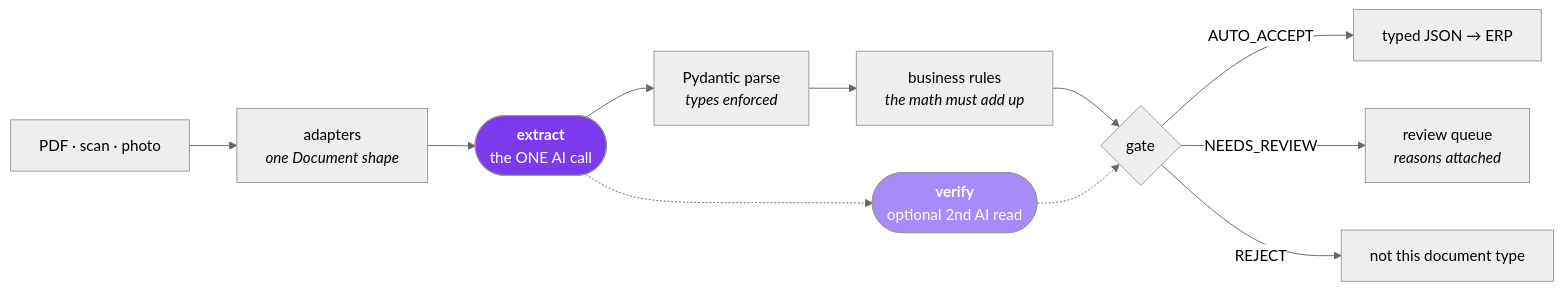
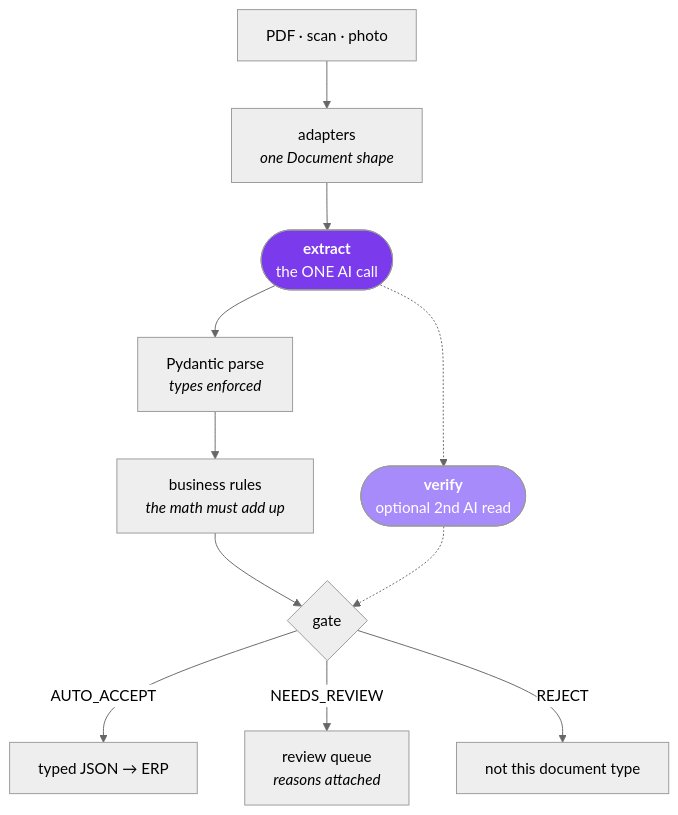
Before and after one commit to crevelop/ai-invoice-extractor: the diagram in README.md, drawn with Mermaid (neutral theme).

Commit message:
Make the pipeline diagram vertical

````diff
--- a/README.md
+++ b/README.md
@@ -7,16 +7,16 @@
 ```mermaid
-flowchart LR
+flowchart TD
     IN["PDF · scan · photo"] --> AD["adapters<br/><i>one Document shape</i>"]
     AD --> EX(["<b>extract</b><br/>the ONE AI call"])
     EX --> PV["Pydantic parse<br/><i>types enforced</i>"]
     PV --> RU["business rules<br/><i>the math must add up</i>"]
     RU --> GA{"gate"}
     EX -.-> VF(["<b>verify</b><br/>optional 2nd AI read"])
     VF -.-> GA
     GA -->|AUTO_ACCEPT| OK["typed JSON → ERP"]
     GA -->|NEEDS_REVIEW| RQ["review queue<br/><i>reasons attached</i>"]
     GA -->|REJECT| NO["not this document type"]
 
     style EX fill:#7c3aed,color:#fff
     style VF fill:#a78bfa,color:#fff
 ```
````
